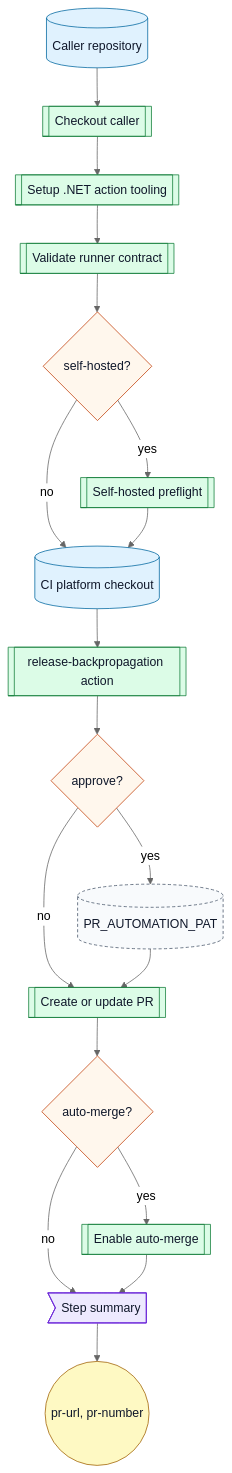
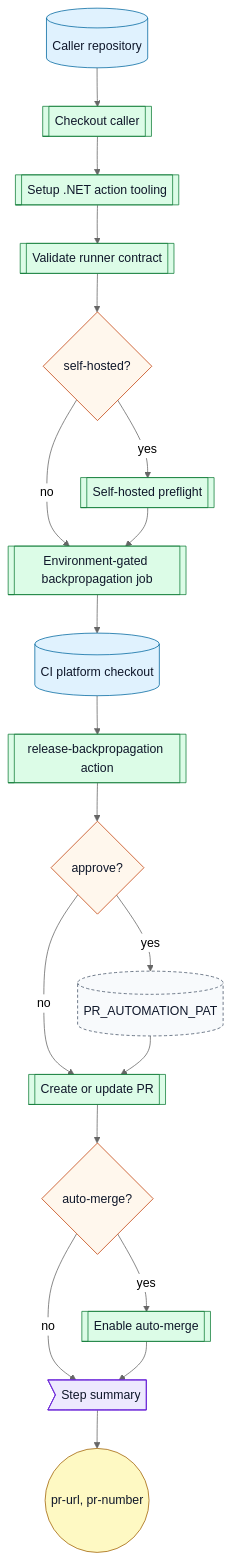
Diagram 11 of 18 in docs/workflow-catalog.md (ArkanisCorporation/ci), drawn with Mermaid (neutral theme) before and after one commit. The commit also changed other lines of this file and 6 other files, not shown here.

Commit message:
fix(gha): gate release backpropagation environment

````diff
--- a/docs/workflow-catalog.md
+++ b/docs/workflow-catalog.md
@@ -1124,32 +1126,33 @@
 ```mermaid
 flowchart TD
   caller[("Caller repository")] --> checkout[[Checkout caller]]
   checkout --> tooling[[Setup .NET action tooling]]
   tooling --> validate[[Validate runner contract]]
   validate --> preflight{self-hosted?}
   preflight -->|yes| sh[[Self-hosted preflight]]
-  preflight -->|no| platform[("CI platform checkout")]
-  sh --> platform
+  preflight -->|no| env[["Environment-gated backpropagation job"]]
+  sh --> env
+  env --> platform[("CI platform checkout")]
   platform --> backprop[[release-backpropagation action]]
   backprop --> approve{approve?}
   approve -->|yes| pat[("PR_AUTOMATION_PAT")]
   approve -->|no| pr[[Create or update PR]]
   pat --> pr
   pr --> automerge{auto-merge?}
   automerge -->|yes| merge[[Enable auto-merge]]
   automerge -->|no| summary>Step summary]
   merge --> summary
   summary --> outputs(("pr-url, pr-number"))
   classDef repo fill:#e0f2fe,stroke:#0369a1,color:#0f172a
   classDef action fill:#dcfce7,stroke:#15803d,color:#0f172a
   classDef decision fill:#fff7ed,stroke:#c2410c,color:#0f172a
   classDef artifact fill:#ede9fe,stroke:#6d28d9,color:#0f172a
   classDef output fill:#fef9c3,stroke:#a16207,color:#0f172a
   classDef external fill:#f8fafc,stroke:#475569,stroke-dasharray: 4 3,color:#0f172a
   class caller,platform repo
-  class checkout,tooling,validate,sh,resolve,backprop,pr,merge action
+  class checkout,tooling,validate,sh,env,resolve,backprop,pr,merge action
   class preflight,approve,automerge decision
   class summary artifact
   class outputs output
   class pat external
 ```
````
